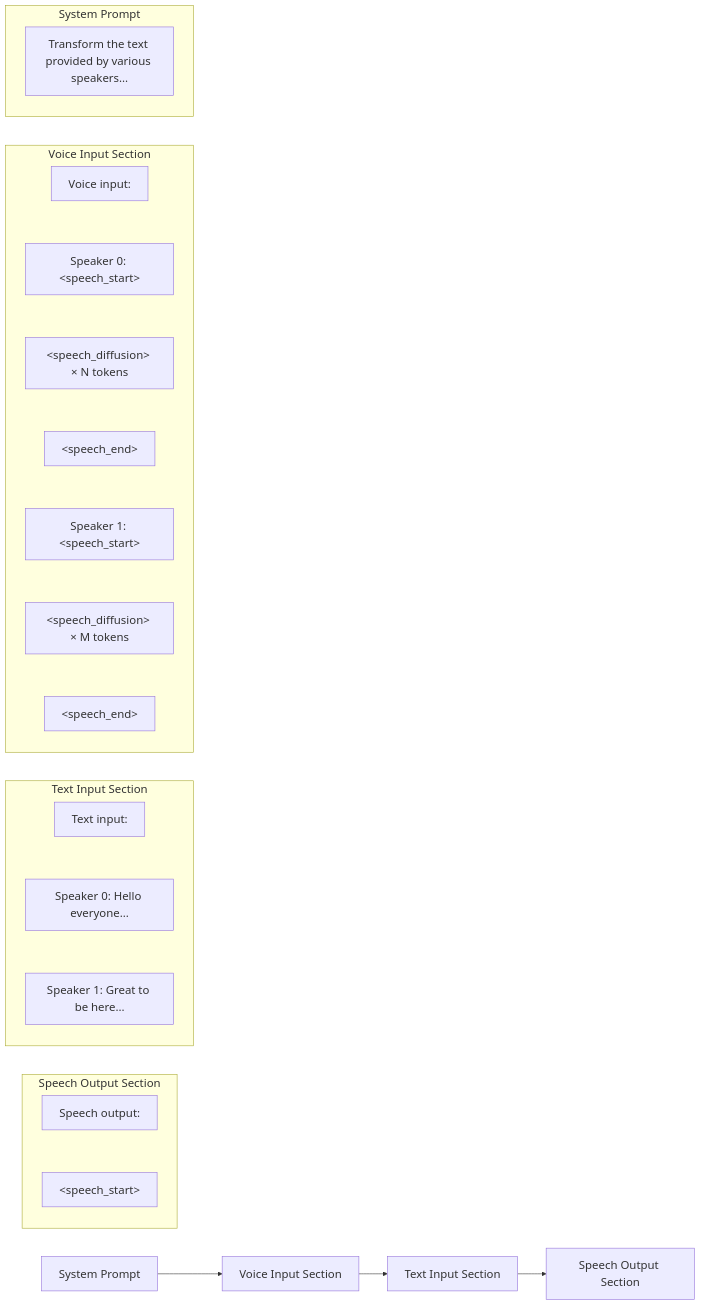
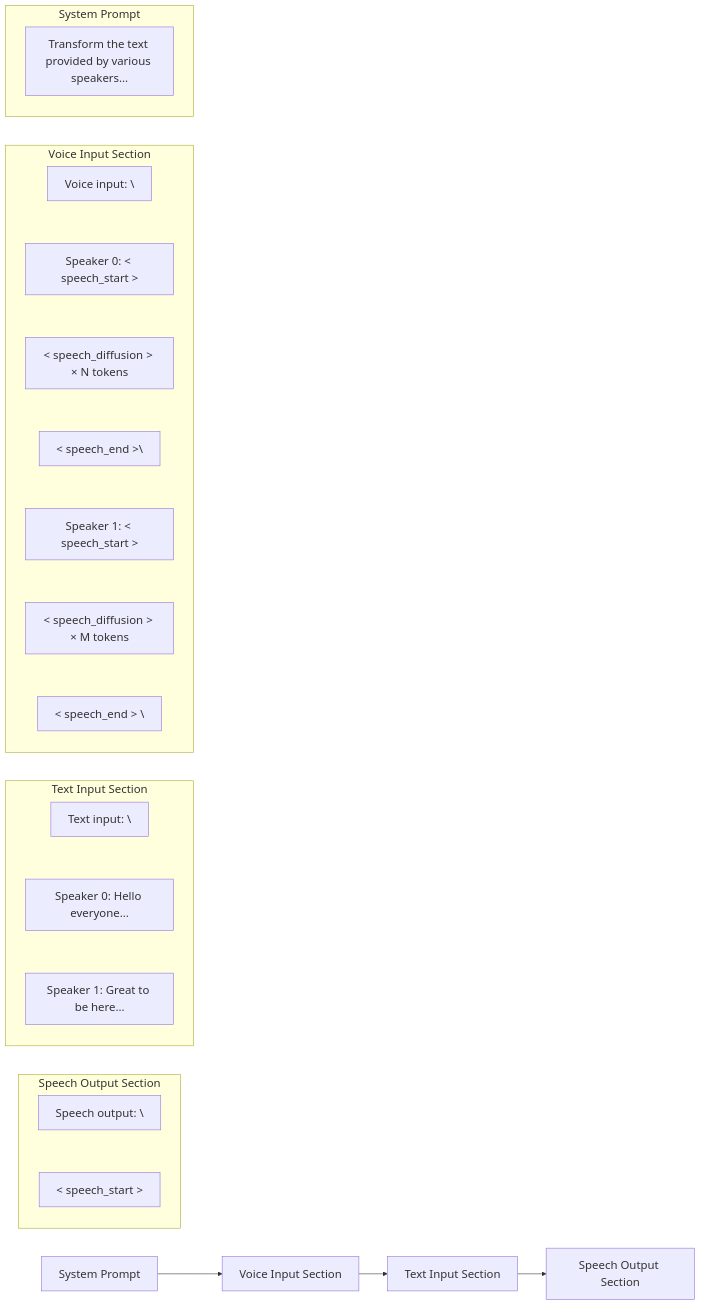
The second of 2 diagrams in docs/processor.md (zhao-kun/vibevoice), drawn with Mermaid before and after one commit. The commit also changed other lines of this file, not shown here.

Commit message:
Fix syntax error of mermaid

````diff
--- a/docs/processor.md
+++ b/docs/processor.md
@@ -121,42 +122,42 @@
 ```mermaid
 %%{init: { 'themeVariables': { 'fontSize': '20px' } } }%%
 flowchart LR 
     A[System Prompt] --> B[Voice Input Section]
     B --> C[Text Input Section]
     C --> D[Speech Output Section]
 
     subgraph SO [Speech Output Section]
         direction TB
-        SO1["Speech output: <br/>"]
-        SO2["&lt;speech_start&gt;"]
+        SO1["Speech output: \\n"]
+        SO2["&lt; speech_start &gt;"]
         SO1 ~~~ SO2
     end   
 
     subgraph TI [Text Input Section]
         direction TB
-        TI1["Text input: <br/>"]
+        TI1["Text input: \\n"]
         TI2["Speaker 0: Hello everyone..."]
         TI3["Speaker 1: Great to be here..."]
         TI1 ~~~ TI2 ~~~ TI3
     end
 
 
     subgraph VI [Voice Input Section]
         direction TB
-        VI1["Voice input: <br/>"]
-        VI2["Speaker 0: &lt;speech_start&gt;"]
-        VI3["&lt;speech_diffusion&gt; × N tokens"]
-        VI4["&lt;speech_end&gt;<br/>"]
-        VI5["Speaker 1: &lt;speech_start&gt;"]
-        VI6["&lt;speech_diffusion&gt; × M tokens"]
-        VI7["&lt;speech_end&gt; <br/>"]
+        VI1["Voice input: \\n"]
+        VI2["Speaker 0: &lt; speech_start &gt;"]
+        VI3["&lt; speech_diffusion &gt; × N tokens"]
+        VI4["&lt; speech_end &gt;\\n"]
+        VI5["Speaker 1: &lt; speech_start &gt;"]
+        VI6["&lt; speech_diffusion &gt; × M tokens"]
+        VI7["&lt; speech_end &gt; \\n"]
         VI1 ~~~ VI2 ~~~ VI3 ~~~ VI4 ~~~ VI5 ~~~ VI6 ~~~ VI7
     end
 
     subgraph SP [System Prompt]
         direction TB
         SP1["Transform the text provided by various speakers..."]
     end
 
 
 ```
````
